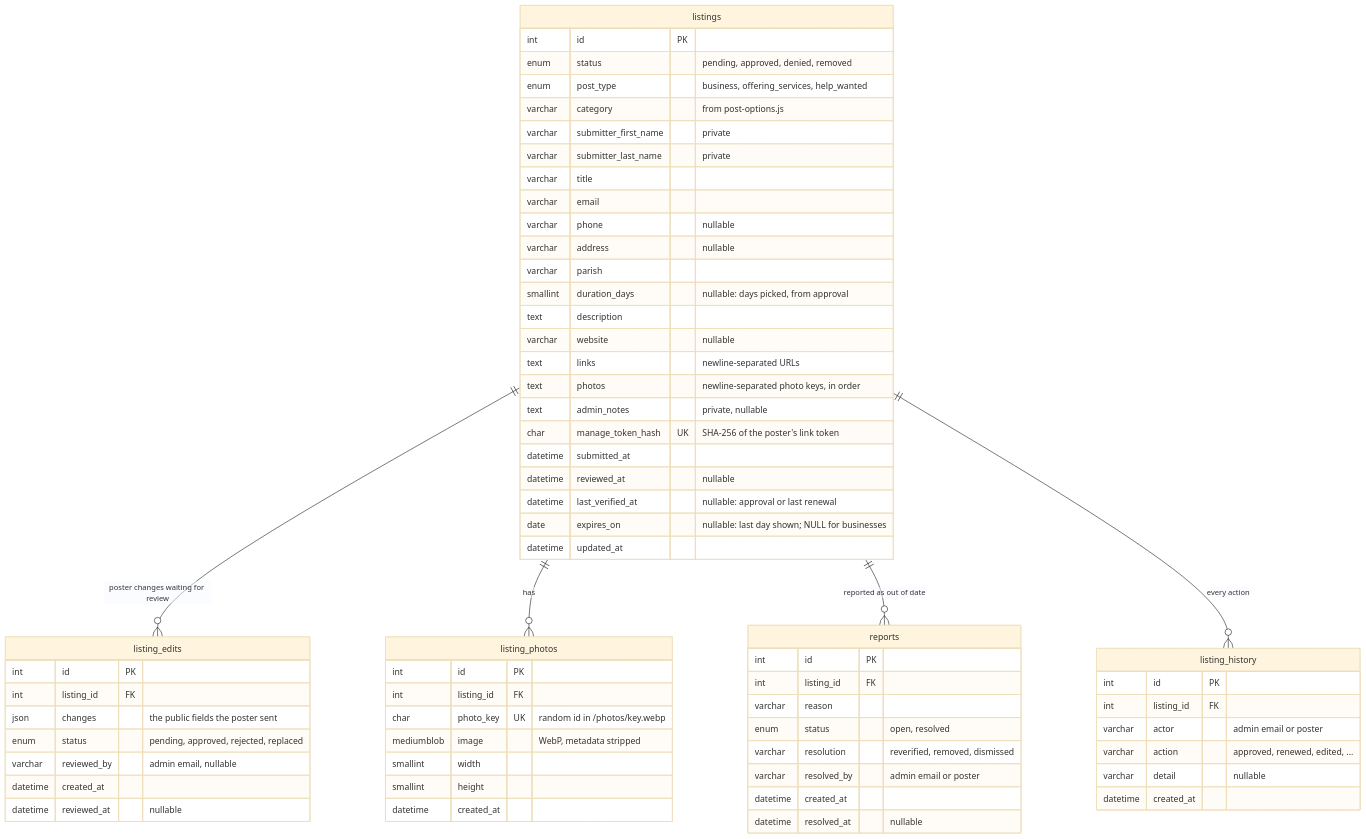
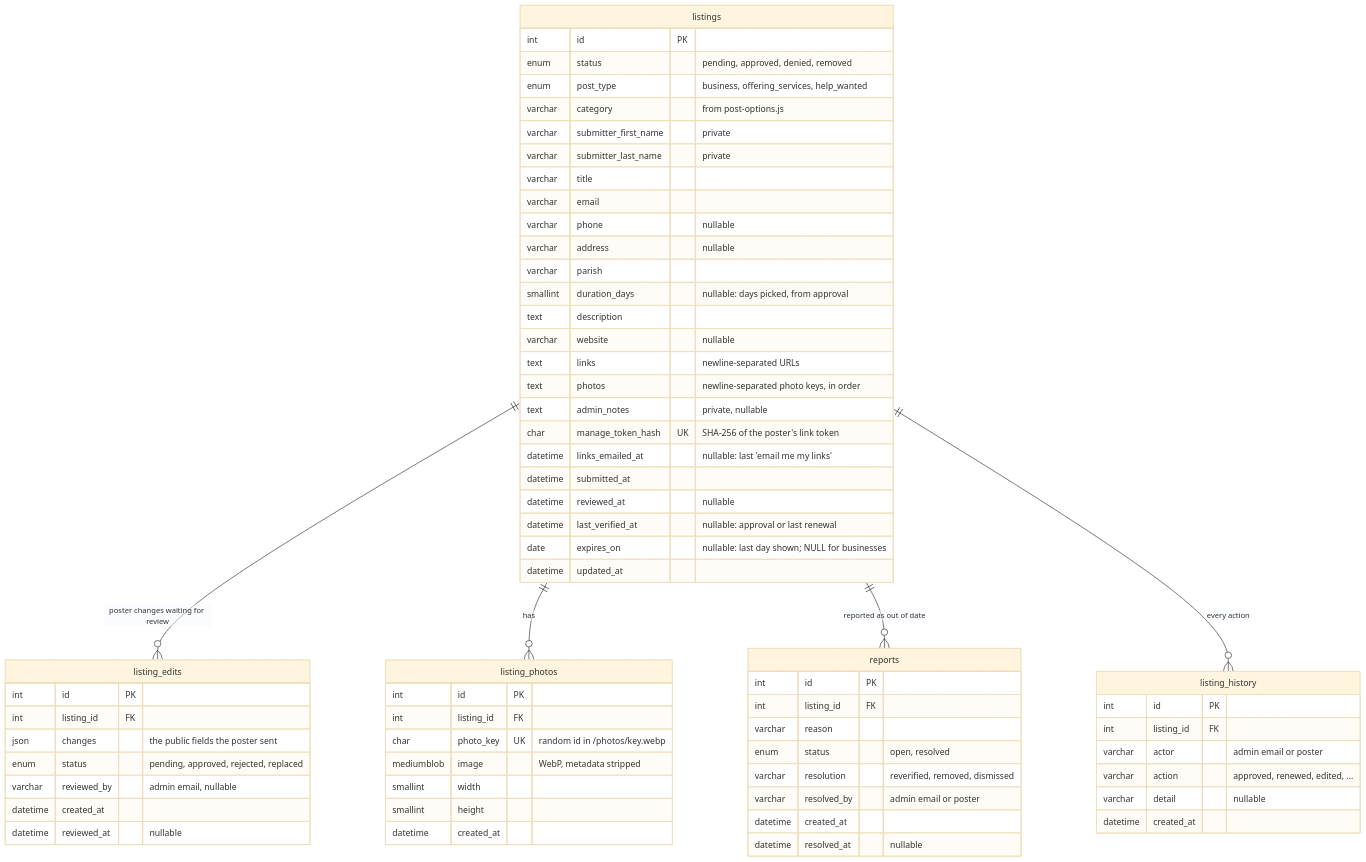
The diagram in docs/database.md (alexofceaser85/Catholic-Directory), drawn with Mermaid (base theme) before and after one commit. The commit also changed 12 other files, not shown here.

````diff
--- a/docs/database.md
+++ b/docs/database.md
@@ -9,73 +9,74 @@
 ```mermaid
 erDiagram
     listings ||--o{ listing_edits : "poster changes waiting for review"
     listings ||--o{ listing_photos : "has"
     listings ||--o{ reports : "reported as out of date"
     listings ||--o{ listing_history : "every action"
 
     listings {
         int id PK
         enum status "pending, approved, denied, removed"
         enum post_type "business, offering_services, help_wanted"
         varchar category "from post-options.js"
         varchar submitter_first_name "private"
         varchar submitter_last_name "private"
         varchar title
         varchar email
         varchar phone "nullable"
         varchar address "nullable"
         varchar parish
         smallint duration_days "nullable: days picked, from approval"
         text description
         varchar website "nullable"
         text links "newline-separated URLs"
         text photos "newline-separated photo keys, in order"
         text admin_notes "private, nullable"
         char manage_token_hash UK "SHA-256 of the poster's link token"
+        datetime links_emailed_at "nullable: last 'email me my links'"
         datetime submitted_at
         datetime reviewed_at "nullable"
         datetime last_verified_at "nullable: approval or last renewal"
         date expires_on "nullable: last day shown; NULL for businesses"
         datetime updated_at
     }
 
     listing_edits {
         int id PK
         int listing_id FK
         json changes "the public fields the poster sent"
         enum status "pending, approved, rejected, replaced"
         varchar reviewed_by "admin email, nullable"
         datetime created_at
         datetime reviewed_at "nullable"
     }
 
     listing_photos {
         int id PK
         int listing_id FK
         char photo_key UK "random id in /photos/key.webp"
         mediumblob image "WebP, metadata stripped"
         smallint width
         smallint height
         datetime created_at
     }
 
     reports {
         int id PK
         int listing_id FK
         varchar reason
         enum status "open, resolved"
         varchar resolution "reverified, removed, dismissed"
         varchar resolved_by "admin email or poster"
         datetime created_at
         datetime resolved_at "nullable"
     }
 
     listing_history {
         int id PK
         int listing_id FK
         varchar actor "admin email or poster"
         varchar action "approved, renewed, edited, ..."
         varchar detail "nullable"
         datetime created_at
     }
 ```
````
